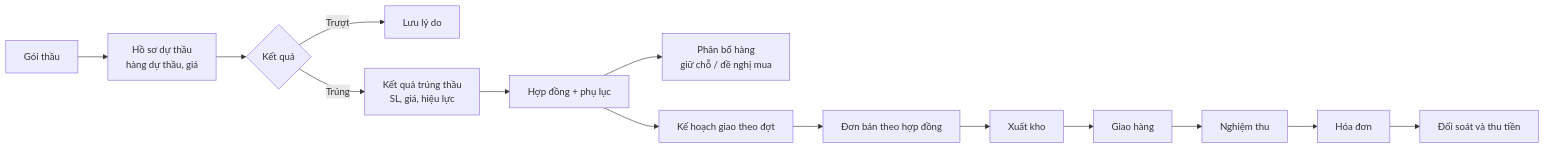
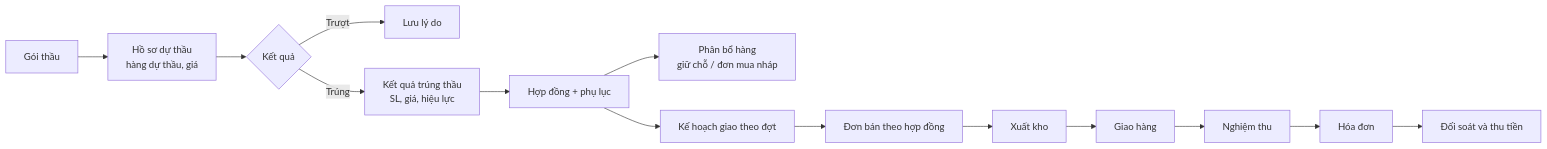
One commit to haict/pqb_ai changed the sixth of 13 diagrams in inventory-management-ai-skeleton/docs/05-workflow.md. Above: the diagram before and after it, drawn with Mermaid. The commit also changed other lines of this file and 223 other files, not shown here.

````diff
--- a/inventory-management-ai-skeleton/docs/05-workflow.md
+++ b/inventory-management-ai-skeleton/docs/05-workflow.md
@@ -99,14 +95,14 @@
 ```mermaid
 flowchart LR
     TP[Gói thầu] --> BID[Hồ sơ dự thầu<br/>hàng dự thầu, giá]
     BID --> RES{Kết quả}
     RES -->|Trượt| LOST[Lưu lý do]
     RES -->|Trúng| TR[Kết quả trúng thầu<br/>SL, giá, hiệu lực]
     TR --> CT[Hợp đồng + phụ lục]
-    CT --> AL[Phân bổ hàng<br/>giữ chỗ / đề nghị mua]
+    CT --> AL[Phân bổ hàng<br/>giữ chỗ / đơn mua nháp]
     CT --> PLAN[Kế hoạch giao theo đợt]
     PLAN --> SO[Đơn bán theo hợp đồng]
     SO --> IS[Xuất kho] --> DL[Giao hàng]
     DL --> ACC[Nghiệm thu]
     ACC --> INV[Hóa đơn] --> RC[Đối soát và thu tiền]
 ```
````
